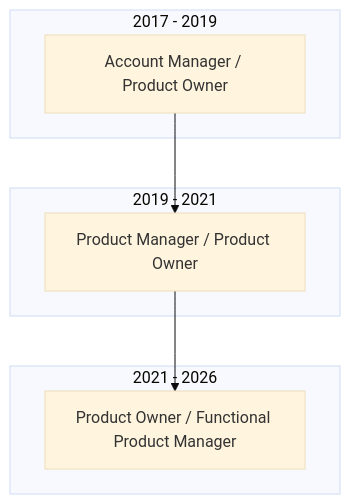
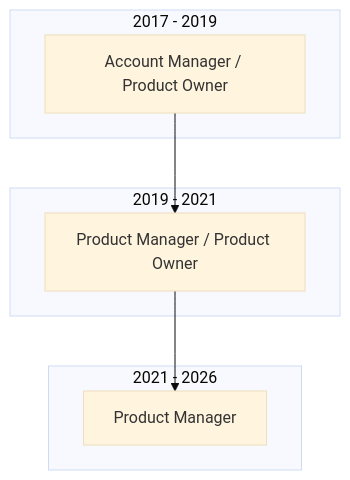
One commit to JasonWayneT/Applyr changed the diagram in data/workExperience.md. Above: the diagram before and after it, drawn with Mermaid (base theme). The commit also changed other lines of this file and 2 other files, not shown here.

````diff
--- a/data/workExperience.md
+++ b/data/workExperience.md
@@ -53,13 +53,13 @@
 ```mermaid
 graph TD
     subgraph Zero to Sixty Media [2017 - 2019]
         Z[Account Manager / Product Owner]
     end
     subgraph Sterkly Services [2019 - 2021]
         S[Product Manager / Product Owner]
     end
     subgraph Cision [2021 - 2026]
-        C[Product Owner / Functional Product Manager]
+        C[Product Manager]
     end
     Z --> S --> C
 ```
````
